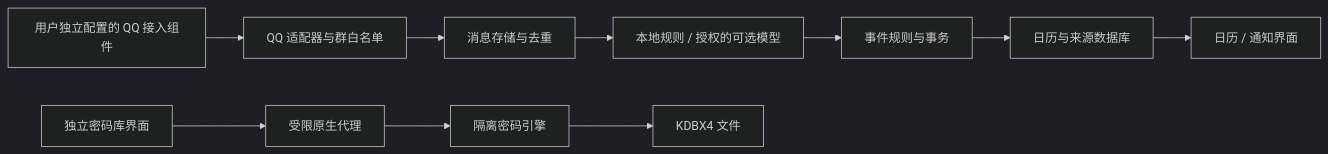
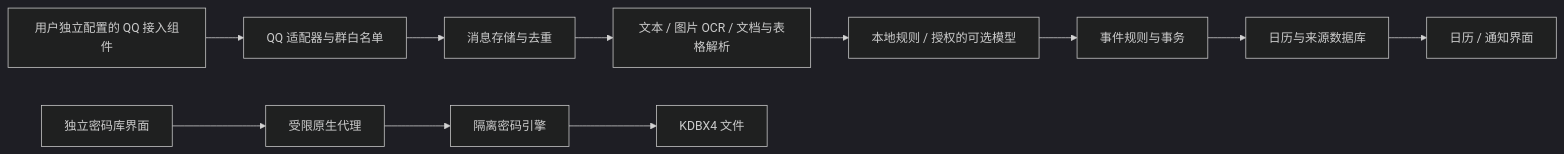
The diagram in docs/superpowers/specs/2026-10-09-shixu-v0.1-design.md (td-xiehongyi/Shixu), drawn with Mermaid (dark theme) before and after one commit. The commit also changed other lines of this file, not shown here.

````diff
--- a/docs/superpowers/specs/2026-10-09-shixu-v0.1-design.md
+++ b/docs/superpowers/specs/2026-10-09-shixu-v0.1-design.md
@@ -77,12 +83,13 @@
 ```mermaid
 flowchart LR
   Q[用户独立配置的 QQ 接入组件] --> A[QQ 适配器与群白名单]
   A --> M[消息存储与去重]
-  M --> X[本地规则 / 授权的可选模型]
+  M --> N[文本 / 图片 OCR / 文档与表格解析]
+  N --> X[本地规则 / 授权的可选模型]
   X --> P[事件规则与事务]
   P --> C[日历与来源数据库]
   C --> U[日历 / 通知界面]
   V[独立密码库界面] --> B[受限原生代理]
   B --> E[隔离密码引擎]
   E --> K[KDBX4 文件]
 ```
````
